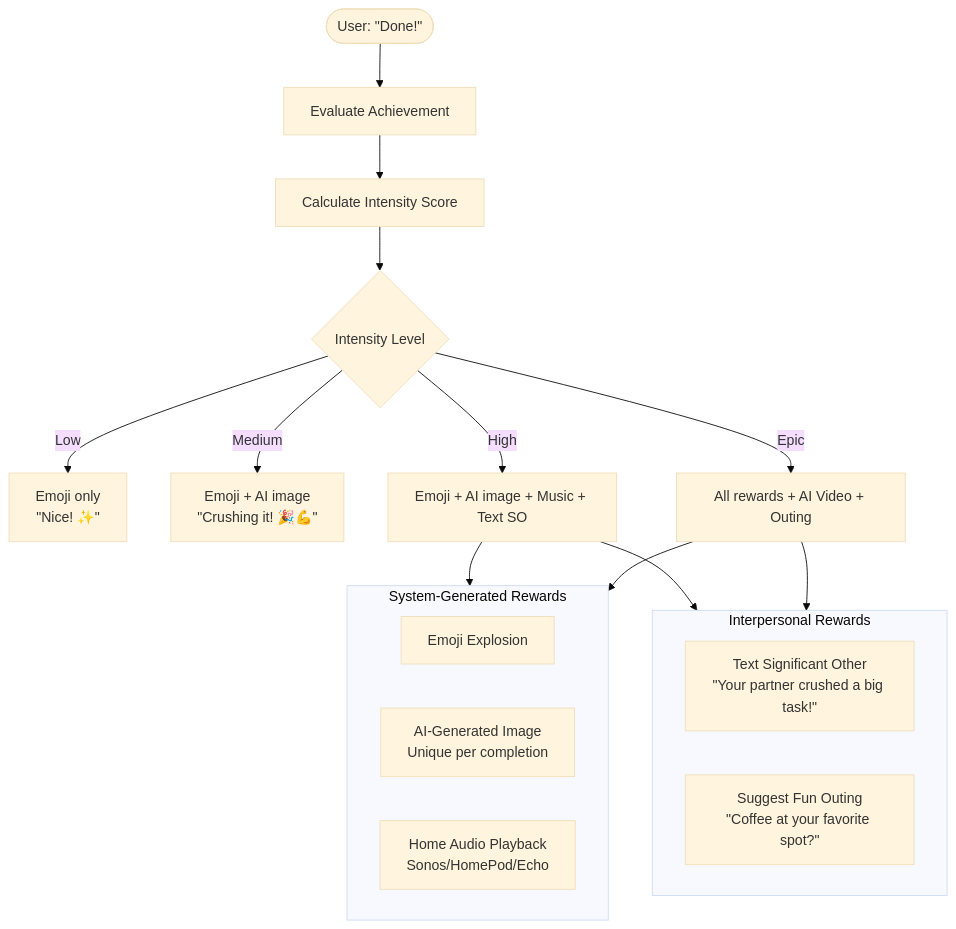
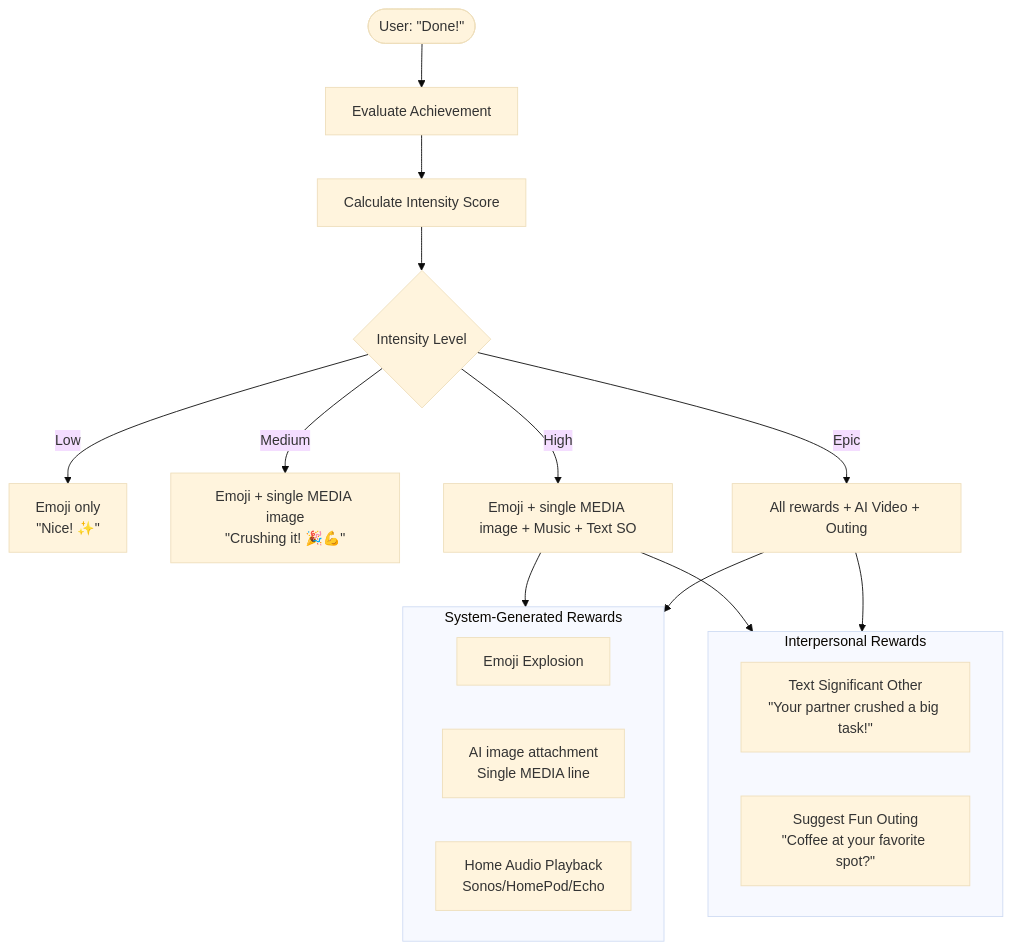
The ninth of 28 diagrams in docs/user-interactions.md (NickBorgersProbably/hide-my-list), drawn with Mermaid (base theme) before and after one commit. The commit also changed other lines of this file and 2 other files, not shown here.

Commit message:
Clarify reward delivery contract

````diff
--- a/docs/user-interactions.md
+++ b/docs/user-interactions.md
@@ -253,29 +253,29 @@
 ```mermaid
 flowchart TD
     Done(["User: #quot;Done!#quot;"]) --> Evaluate[Evaluate Achievement]
 
     Evaluate --> Score[Calculate Intensity Score]
     Score --> Level{Intensity Level}
 
     Level -->|Low| LowReward["Emoji only<br/>#quot;Nice! ✨#quot;"]
-    Level -->|Medium| MedReward["Emoji + AI image<br/>#quot;Crushing it! 🎉💪#quot;"]
-    Level -->|High| HighReward[Emoji + AI image + Music + Text SO]
+    Level -->|Medium| MedReward["Emoji + single MEDIA image<br/>#quot;Crushing it! 🎉💪#quot;"]
+    Level -->|High| HighReward[Emoji + single MEDIA image + Music + Text SO]
     Level -->|Epic| EpicReward[All rewards + AI Video + Outing]
 
     subgraph SystemRewards["System-Generated Rewards"]
         Emoji[Emoji Explosion]
-        AIImage[AI-Generated Image<br/>Unique per completion]
+        AIImage[AI image attachment<br/>Single MEDIA line]
         
         Music[Home Audio Playback<br/>Sonos/HomePod/Echo]
     end
 
     subgraph InterpersonalRewards["Interpersonal Rewards"]
         TextSO["Text Significant Other<br/>#quot;Your partner crushed a big task!#quot;"]
         Outing["Suggest Fun Outing<br/>#quot;Coffee at your favorite spot?#quot;"]
     end
 
     HighReward --> SystemRewards
     HighReward --> InterpersonalRewards
     EpicReward --> SystemRewards
     EpicReward --> InterpersonalRewards
 ```
````
